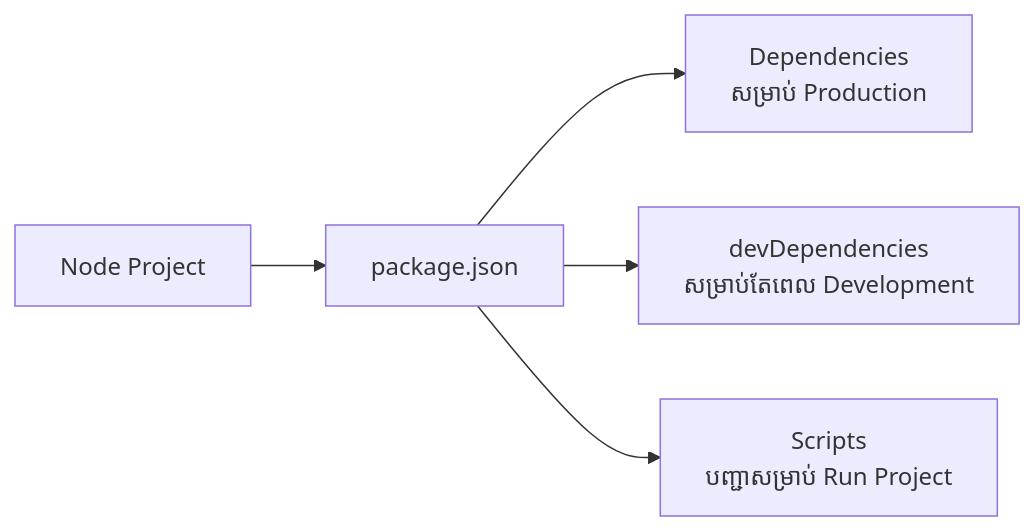
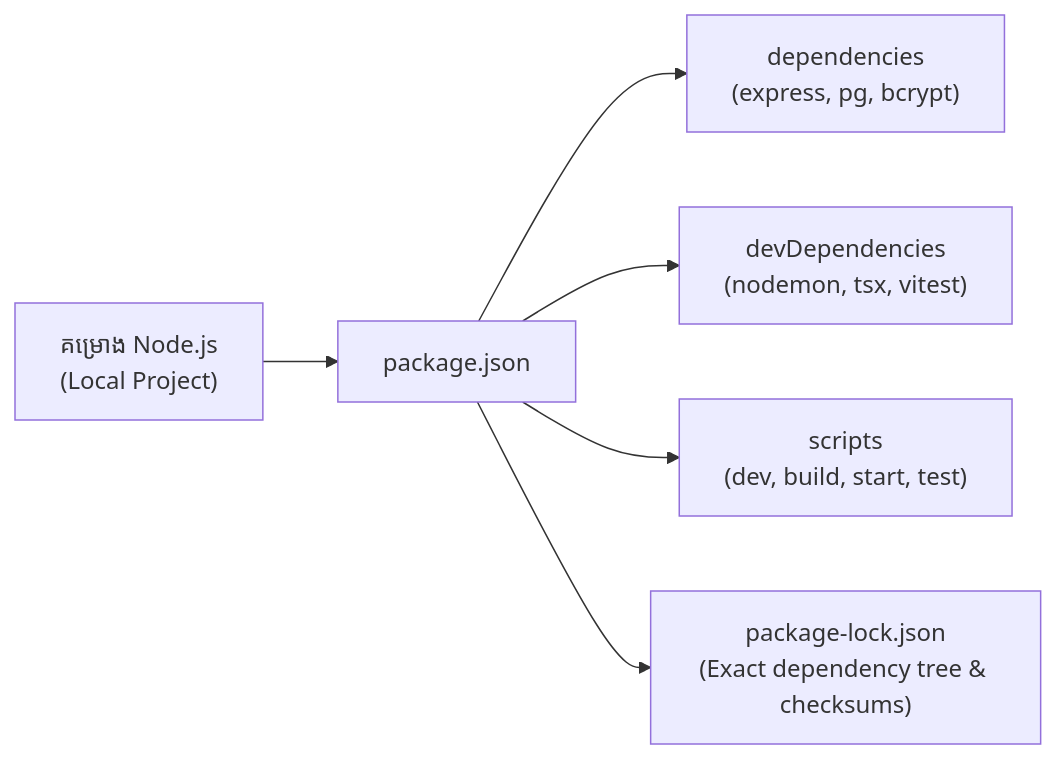
Before and after one commit to Ari-ICU/full-stack-short-coures: the diagram in src/courses/backend/module-1-nodejs-fundamentals/02-npm-and-package-json.mdx, drawn with Mermaid. The commit also changed other lines of this file and 47 other files, not shown here.

Commit message:
refactor: rename backend-architecture directory to backend and update path references across all course modules

````diff
--- a/src/courses/backend/module-1-nodejs-fundamentals/02-npm-and-package-json.mdx
+++ b/src/courses/backend/module-1-nodejs-fundamentals/02-npm-and-package-json.mdx
@@ -21,7 +29,8 @@
 ```mermaid
 graph LR
-    PROJ[Node Project] --> PKG[package.json]
-    PKG --> DEP[Dependencies <br/>សម្រាប់ Production]
-    PKG --> DEV[devDependencies <br/>សម្រាប់តែពេល Development]
-    PKG --> SCR[Scripts <br/>បញ្ជាសម្រាប់ Run Project]
+    PROJ["គម្រោង Node.js<br/>(Local Project)"] --> PKG["package.json"]
+    PKG --> DEP["dependencies<br/>(express, pg, bcrypt)"]
+    PKG --> DEV["devDependencies<br/>(nodemon, tsx, vitest)"]
+    PKG --> SCR["scripts<br/>(dev, build, start, test)"]
+    PKG --> LOCK["package-lock.json<br/>(Exact dependency tree & checksums)"]
 ```
````
